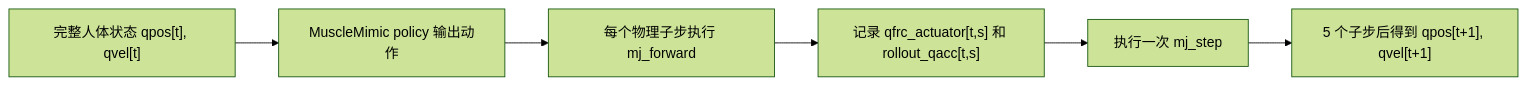
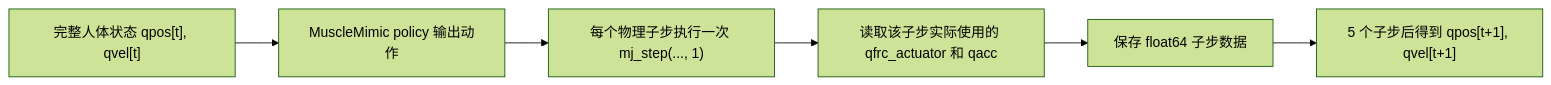
Before and after one commit to gracetata/Proknee-RL: the diagram in docs/FULLBODY_TORQUE_REPLAY.md, drawn with Mermaid (forest theme). The commit also changed other lines of this file and 27 other files, not shown here.

````diff
--- a/docs/FULLBODY_TORQUE_REPLAY.md
+++ b/docs/FULLBODY_TORQUE_REPLAY.md
@@ -47,8 +47,8 @@
 ```mermaid
 flowchart LR
     A["完整人体状态 qpos[t], qvel[t]"] --> B["MuscleMimic policy 输出动作"]
-    B --> C["每个物理子步执行 mj_forward"]
-    C --> D["记录 qfrc_actuator[t,s] 和 rollout_qacc[t,s]"]
-    D --> E["执行一次 mj_step"]
+    B --> C["每个物理子步执行一次 mj_step(..., 1)"]
+    C --> D["读取该子步实际使用的 qfrc_actuator 和 qacc"]
+    D --> E["保存 float64 子步数据"]
     E --> F["5 个子步后得到 qpos[t+1], qvel[t+1]"]
 ```
````
